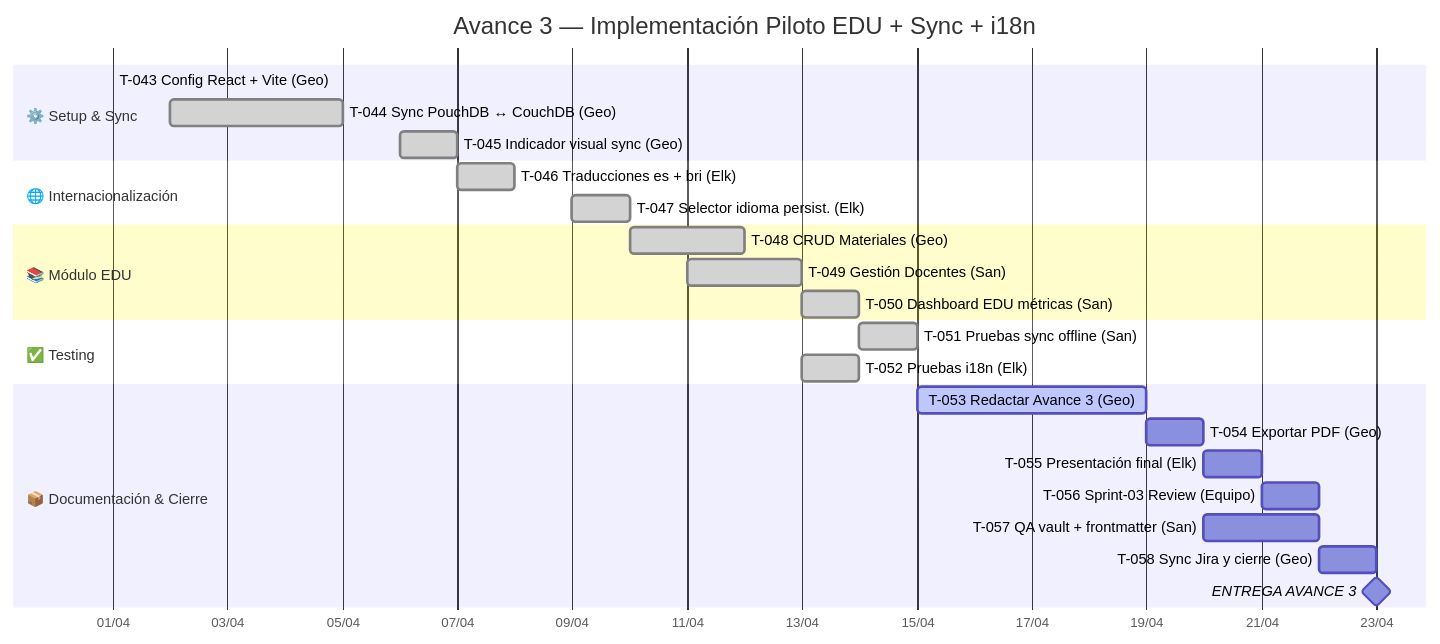
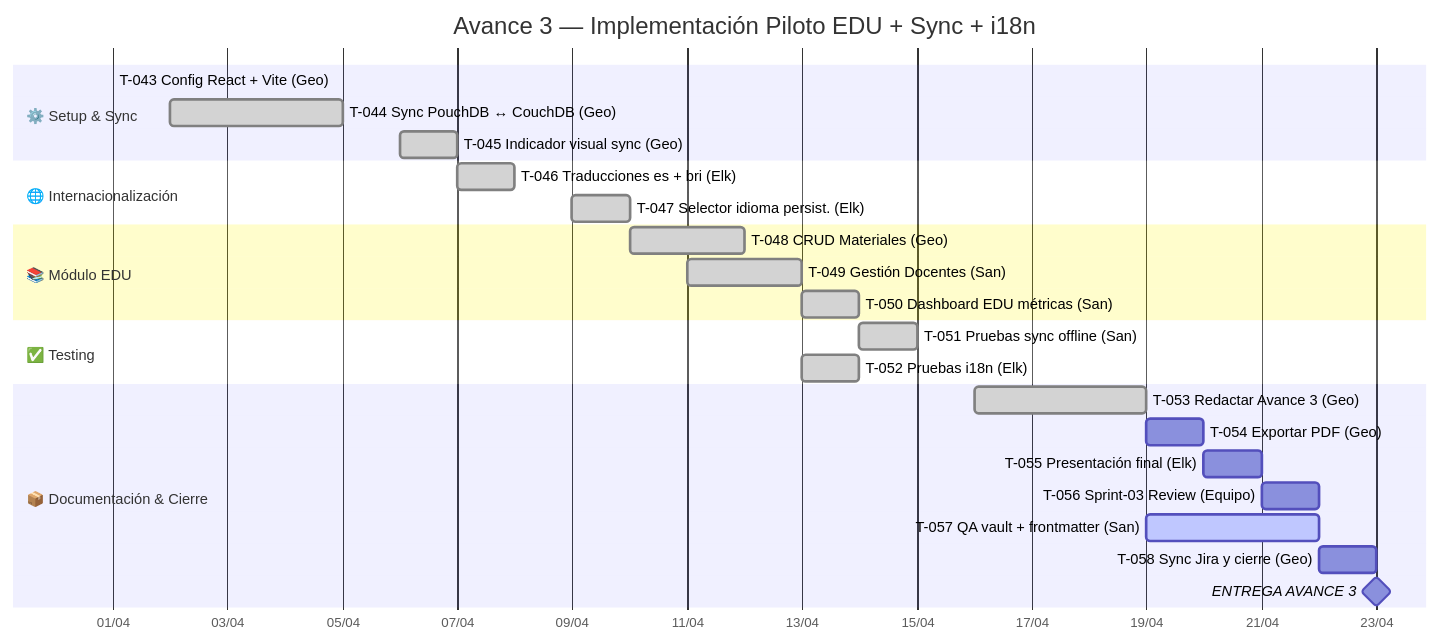
The fourth of 4 diagrams in 00-Dashboard/Roadmap.md (yonrasgg/RAICES_VIVAS), drawn with Mermaid before and after one commit. The commit also changed 2 other files, not shown here.

Commit message:
Actualización automática en Raíces Vivas – 2026-04-19 15:23:31 Host: Cambios: 3 archivos modificados — M 00-Dashboard/Roadmap.md 05-Sprints/Sprint-03/T-053.md 05-Sprints/Sprint-03/T-057.md
Affected files:
00-Dashboard/Roadmap.md
05-Sprints/Sprint-03/T-053.md
05-Sprints/Sprint-03/T-057.md

````diff
--- a/00-Dashboard/Roadmap.md
+++ b/00-Dashboard/Roadmap.md
@@ -139,34 +139,34 @@
 ```mermaid
 gantt
     title Avance 3 — Implementación Piloto EDU + Sync + i18n
     dateFormat YYYY-MM-DD
     axisFormat %d/%m
     todayMarker stroke-width:3px,stroke:#f66,opacity:0.8
 
     section ⚙️ Setup & Sync
     T-043 Config React + Vite (Geo)         :done,   t43, 2026-04-01, 2026-04-01
     T-044 Sync PouchDB ↔ CouchDB (Geo)      :done,   t44, 2026-04-02, 2026-04-05
     T-045 Indicador visual sync (Geo)        :done,   t45, 2026-04-06, 2026-04-07
 
     section 🌐 Internacionalización
     T-046 Traducciones es + bri (Elk)        :done,   t46, 2026-04-07, 2026-04-08
     T-047 Selector idioma persist. (Elk)     :done,   t47, 2026-04-09, 2026-04-10
 
     section 📚 Módulo EDU
     T-048 CRUD Materiales (Geo)              :done,   t48, 2026-04-10, 2026-04-12
     T-049 Gestión Docentes (San)             :done,   t49, 2026-04-11, 2026-04-13
     T-050 Dashboard EDU métricas (San)       :done,   t50, 2026-04-13, 2026-04-14
 
     section ✅ Testing
     T-051 Pruebas sync offline (San)         :done,   t51, 2026-04-14, 2026-04-15
     T-052 Pruebas i18n (Elk)                 :done,   t52, 2026-04-13, 2026-04-14
 
     section 📦 Documentación & Cierre
-    T-053 Redactar Avance 3 (Geo)            :active, t53, 2026-04-15, 2026-04-19
+    T-053 Redactar Avance 3 (Geo)            :done,   t53, 2026-04-16, 2026-04-19
     T-054 Exportar PDF (Geo)                 :        t54, 2026-04-19, 2026-04-20
     T-055 Presentación final (Elk)           :        t55, 2026-04-20, 2026-04-21
     T-056 Sprint-03 Review (Equipo)          :        t56, 2026-04-21, 2026-04-22
-    T-057 QA vault + frontmatter (San)       :        t57, 2026-04-20, 2026-04-22
+    T-057 QA vault + frontmatter (San)       :active, t57, 2026-04-19, 2026-04-22
     T-058 Sync Jira y cierre (Geo)           :        t58, 2026-04-22, 2026-04-23
     ENTREGA AVANCE 3                    :milestone, m3, 2026-04-23, 0d
 ```
````
